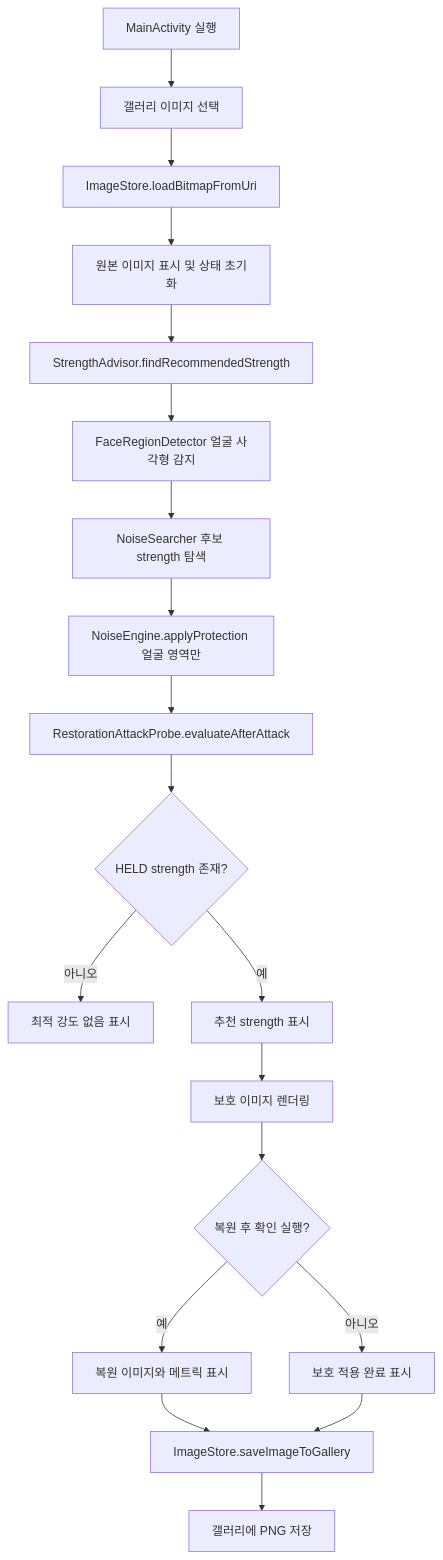
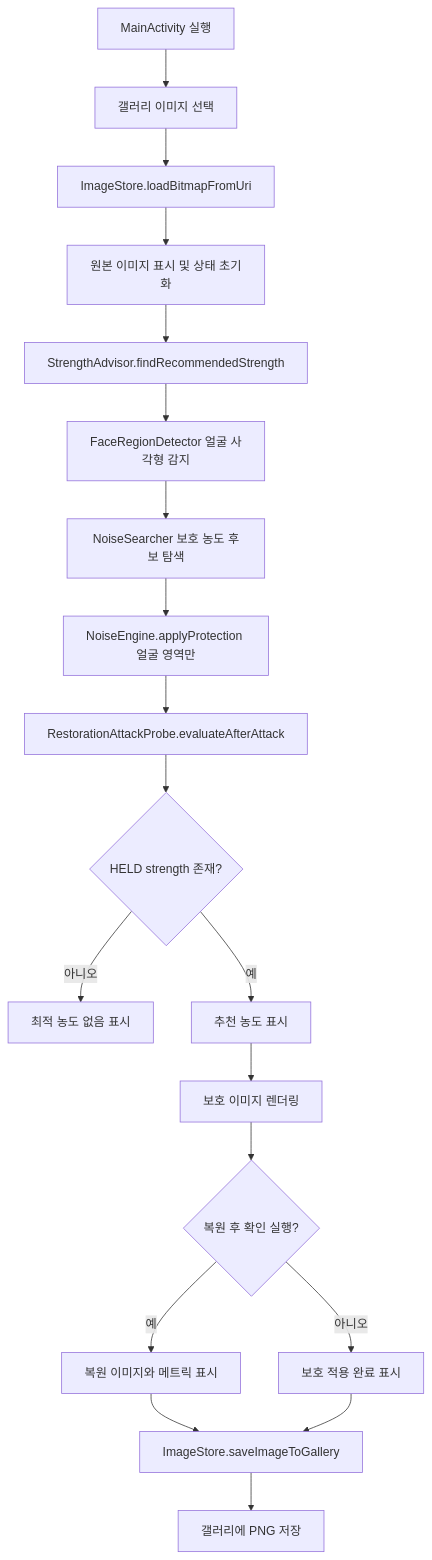
Before and after one commit to js4484821266/Haan-Ghil-Muulnaat: the first of 6 diagrams in ABSORB.md, drawn with Mermaid. The commit also changed other lines of this file and 1 other file, not shown here.

````diff
--- a/ABSORB.md
+++ b/ABSORB.md
@@ -66,21 +66,21 @@
 ```mermaid
 flowchart TD
     A[MainActivity 실행] --> B[갤러리 이미지 선택]
     B --> C[ImageStore.loadBitmapFromUri]
     C --> D[원본 이미지 표시 및 상태 초기화]
     D --> E[StrengthAdvisor.findRecommendedStrength]
     E --> R[FaceRegionDetector 얼굴 사각형 감지]
-    R --> F[NoiseSearcher 후보 strength 탐색]
+    R --> F[NoiseSearcher 보호 농도 후보 탐색]
     F --> G[NoiseEngine.applyProtection 얼굴 영역만]
     G --> H[RestorationAttackProbe.evaluateAfterAttack]
     H --> I{HELD strength 존재?}
-    I -- 아니오 --> J[최적 강도 없음 표시]
-    I -- 예 --> K[추천 strength 표시]
+    I -- 아니오 --> J[최적 농도 없음 표시]
+    I -- 예 --> K[추천 농도 표시]
     K --> L[보호 이미지 렌더링]
     L --> M{복원 후 확인 실행?}
     M -- 예 --> N[복원 이미지와 메트릭 표시]
     M -- 아니오 --> O[보호 적용 완료 표시]
     N --> P[ImageStore.saveImageToGallery]
     O --> P
     P --> Q[갤러리에 PNG 저장]
 ```
````
